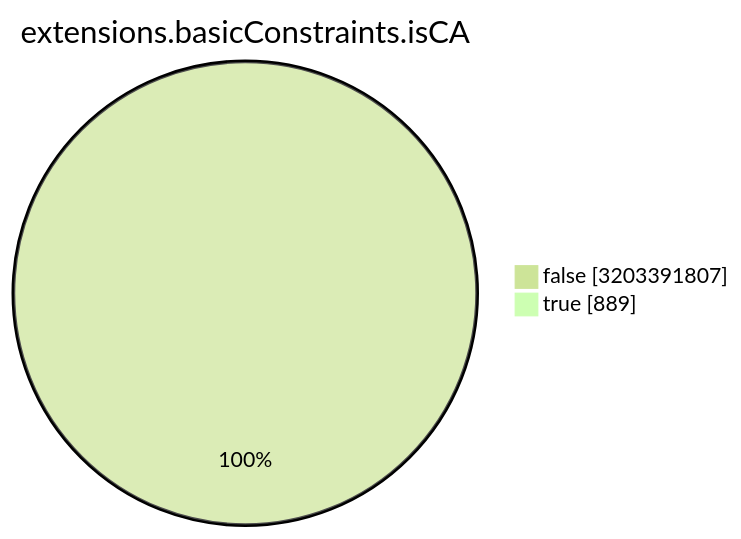
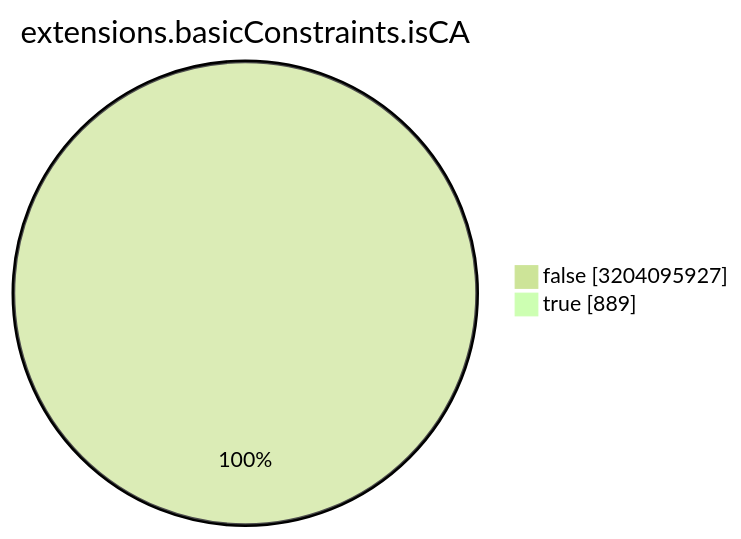
Before and after one commit to christiankrug/ctmonitor_visualization: the seventh of 15 diagrams in TOTAL/README.md, drawn with Mermaid (forest theme). The commit also changed other lines of this file, not shown here.

````diff
--- a/TOTAL/README.md
+++ b/TOTAL/README.md
@@ -3088,6 +3088,6 @@
 ```mermaid
 pie showData
 title extensions.basicConstraints.isCA
-"false" :3203391807
+"false" :3204095927
 "true" :889
 ```
````
